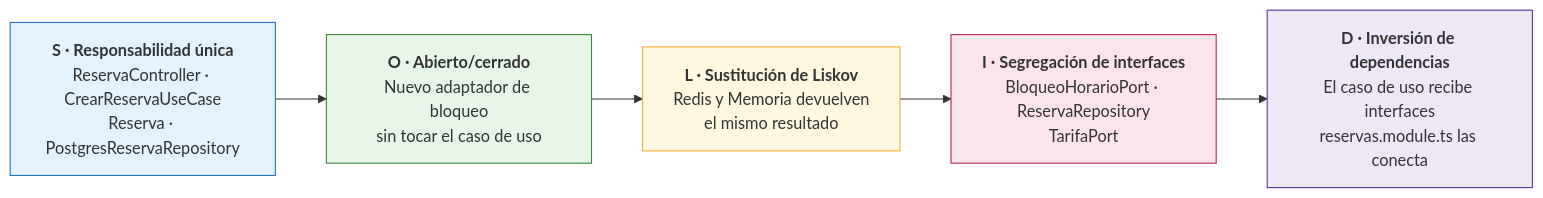
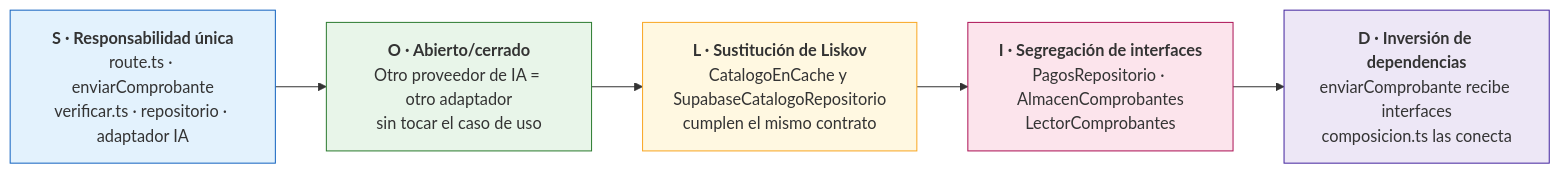
The diagram in img/fuentes-svg/solid-modulo-reservas.mmd (edhtsprado27-bit/ReservaYa-Ayacucho), drawn with Mermaid before and after one commit. The commit also changed 18 other files, not shown here.

```diff
--- a/img/fuentes-svg/solid-modulo-reservas.mmd
+++ b/img/fuentes-svg/solid-modulo-reservas.mmd
@@ -1,14 +1,14 @@
 flowchart LR
-    S["<b>S · Responsabilidad única</b><br/>ReservaController · CrearReservaUseCase<br/>Reserva · PostgresReservaRepository"]
-    O["<b>O · Abierto/cerrado</b><br/>Nuevo adaptador de bloqueo<br/>sin tocar el caso de uso"]
-    L["<b>L · Sustitución de Liskov</b><br/>Redis y Memoria devuelven<br/>el mismo resultado"]
-    I["<b>I · Segregación de interfaces</b><br/>BloqueoHorarioPort · ReservaRepository<br/>TarifaPort"]
-    D["<b>D · Inversión de dependencias</b><br/>El caso de uso recibe interfaces<br/>reservas.module.ts las conecta"]
+    S["<b>S · Responsabilidad única</b><br/>route.ts · enviarComprobante<br/>verificar.ts · repositorio · adaptador IA"]
+    O["<b>O · Abierto/cerrado</b><br/>Otro proveedor de IA = otro adaptador<br/>sin tocar el caso de uso"]
+    L["<b>L · Sustitución de Liskov</b><br/>CatalogoEnCache y SupabaseCatalogoRepositorio<br/>cumplen el mismo contrato"]
+    I["<b>I · Segregación de interfaces</b><br/>PagosRepositorio · AlmacenComprobantes<br/>LectorComprobantes"]
+    D["<b>D · Inversión de dependencias</b><br/>enviarComprobante recibe interfaces<br/>composicion.ts las conecta"]
 
     S --> O --> L --> I --> D
 
     style S fill:#e3f2fd,stroke:#1565c0
     style O fill:#e8f5e9,stroke:#2e7d32
     style L fill:#fff8e1,stroke:#f9a825
     style I fill:#fce4ec,stroke:#ad1457
     style D fill:#ede7f6,stroke:#4527a0
```
